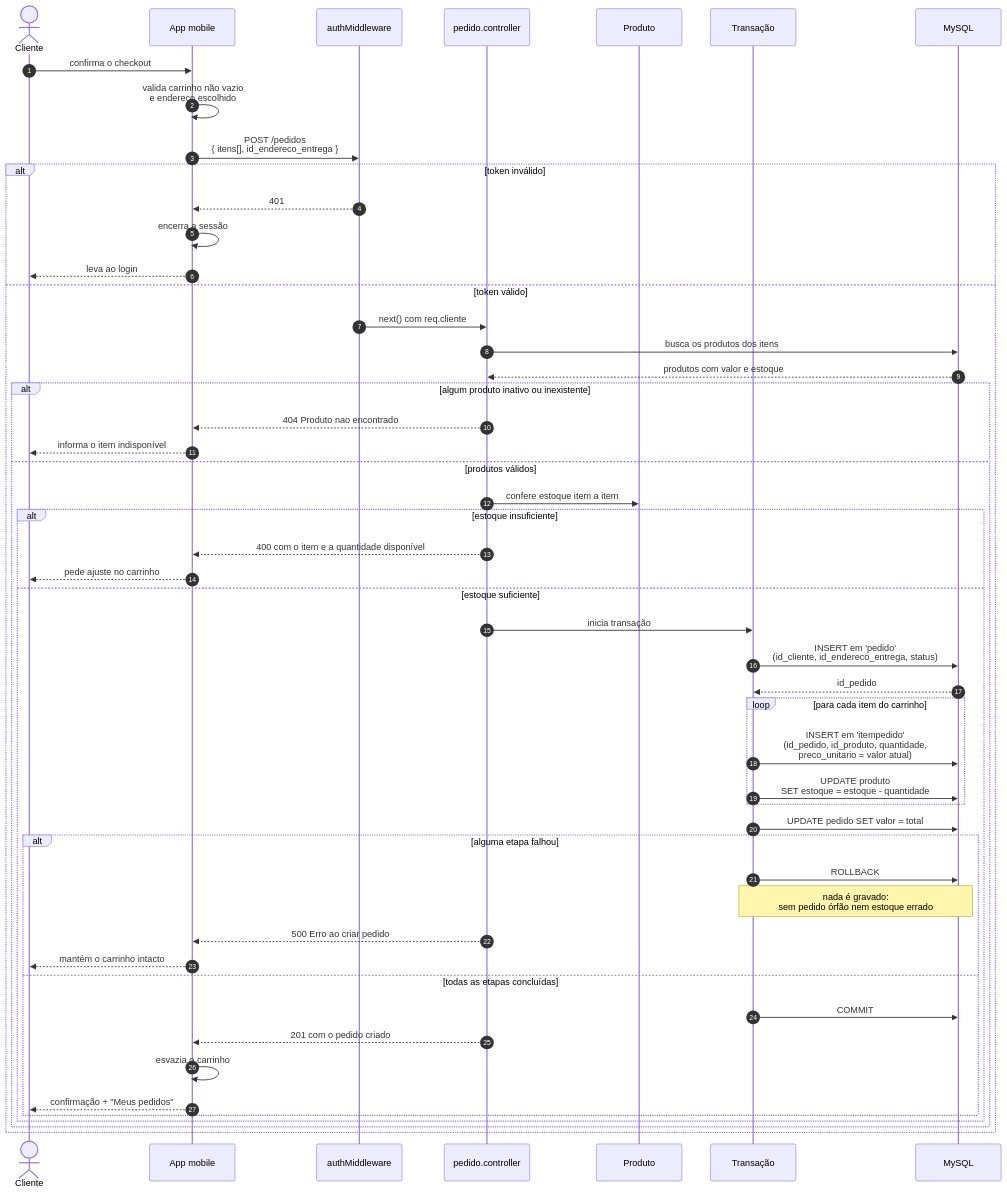
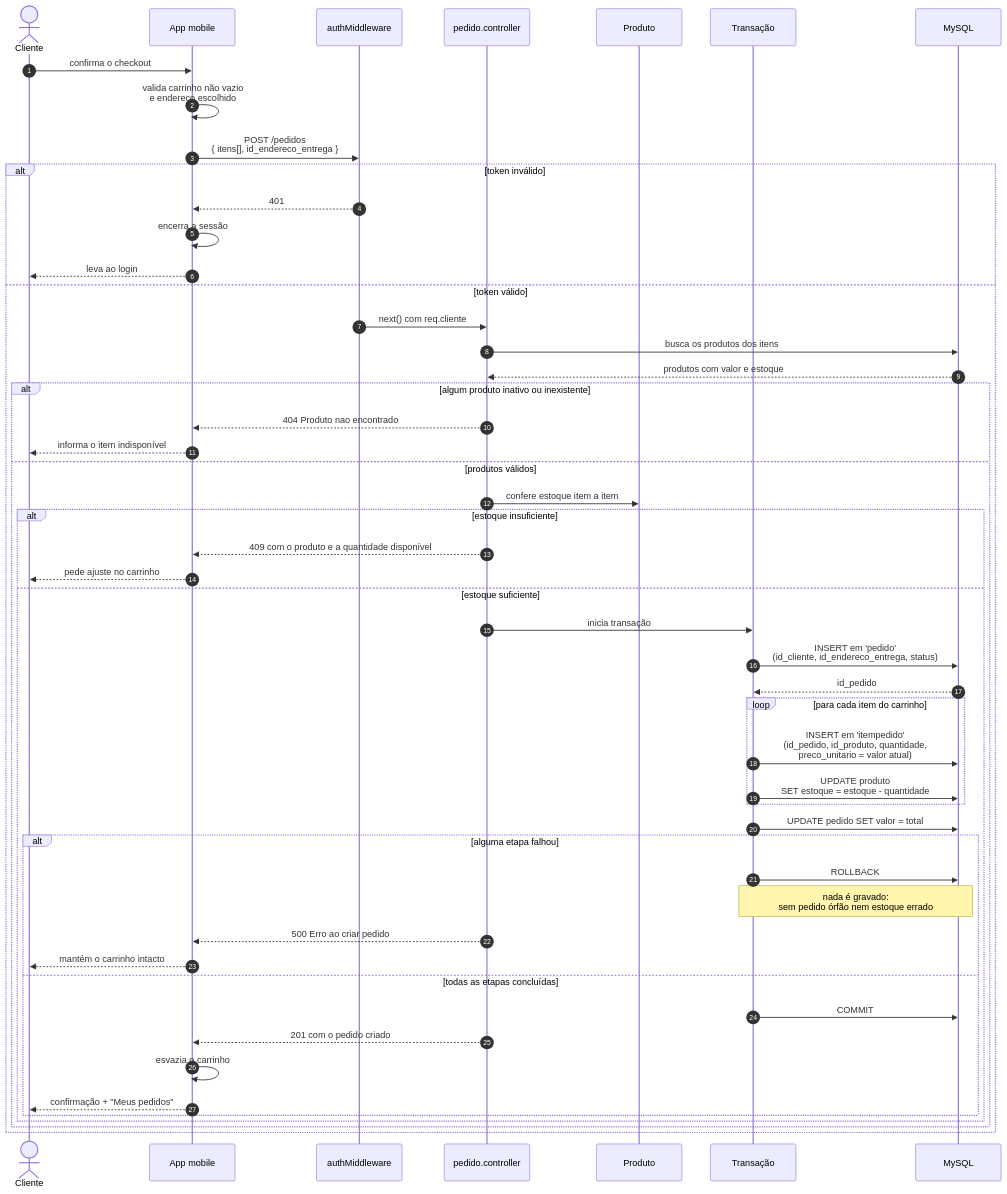
Before and after one commit to JoaoVitorMcz/pcforge-mobile: the third of 4 diagrams in docs/diagramas-sequencia.md, drawn with Mermaid. The commit also changed other lines of this file and 7 other files, not shown here.

````diff
--- a/docs/diagramas-sequencia.md
+++ b/docs/diagramas-sequencia.md
@@ -100,62 +100,62 @@
 ```mermaid
 sequenceDiagram
     autonumber
     actor C as Cliente
     participant App as App mobile
     participant Auth as authMiddleware
     participant Ctrl as pedido.controller
     participant Prod as Produto
     participant TX as Transação
     participant DB as MySQL
 
     C->>App: confirma o checkout
     App->>App: valida carrinho não vazio<br/>e endereço escolhido
     App->>Auth: POST /pedidos<br/>{ itens[], id_endereco_entrega }
 
     alt token inválido
         Auth-->>App: 401
         App->>App: encerra a sessão
         App-->>C: leva ao login
     else token válido
         Auth->>Ctrl: next() com req.cliente
 
         Ctrl->>DB: busca os produtos dos itens
         DB-->>Ctrl: produtos com valor e estoque
 
         alt algum produto inativo ou inexistente
             Ctrl-->>App: 404 Produto nao encontrado
             App-->>C: informa o item indisponível
         else produtos válidos
             Ctrl->>Prod: confere estoque item a item
 
             alt estoque insuficiente
-                Ctrl-->>App: 400 com o item e a quantidade disponível
+                Ctrl-->>App: 409 com o produto e a quantidade disponível
                 App-->>C: pede ajuste no carrinho
             else estoque suficiente
                 Ctrl->>TX: inicia transação
 
                 TX->>DB: INSERT em 'pedido'<br/>(id_cliente, id_endereco_entrega, status)
                 DB-->>TX: id_pedido
 
                 loop para cada item do carrinho
                     TX->>DB: INSERT em 'itempedido'<br/>(id_pedido, id_produto, quantidade,<br/>preco_unitario = valor atual)
                     TX->>DB: UPDATE produto<br/>SET estoque = estoque - quantidade
                 end
 
                 TX->>DB: UPDATE pedido SET valor = total
 
                 alt alguma etapa falhou
                     TX->>DB: ROLLBACK
                     Note over TX,DB: nada é gravado:<br/>sem pedido órfão nem estoque errado
                     Ctrl-->>App: 500 Erro ao criar pedido
                     App-->>C: mantém o carrinho intacto
                 else todas as etapas concluídas
                     TX->>DB: COMMIT
                     Ctrl-->>App: 201 com o pedido criado
                     App->>App: esvazia o carrinho
                     App-->>C: confirmação + "Meus pedidos"
                 end
             end
         end
     end
 ```
````
